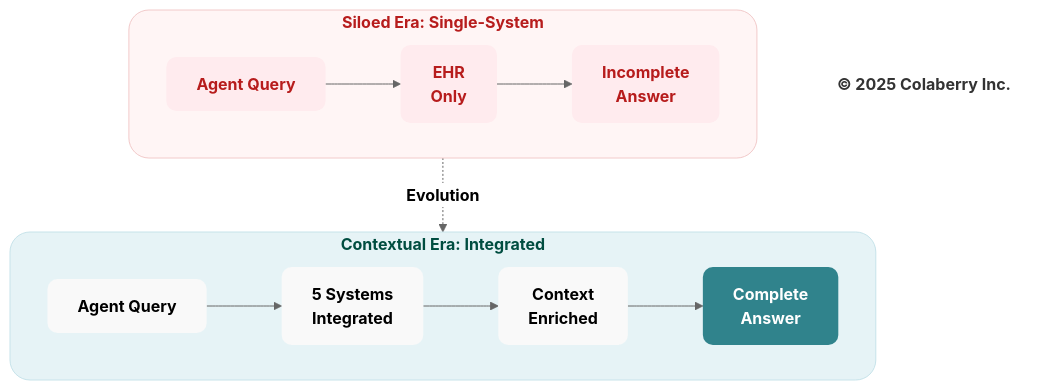
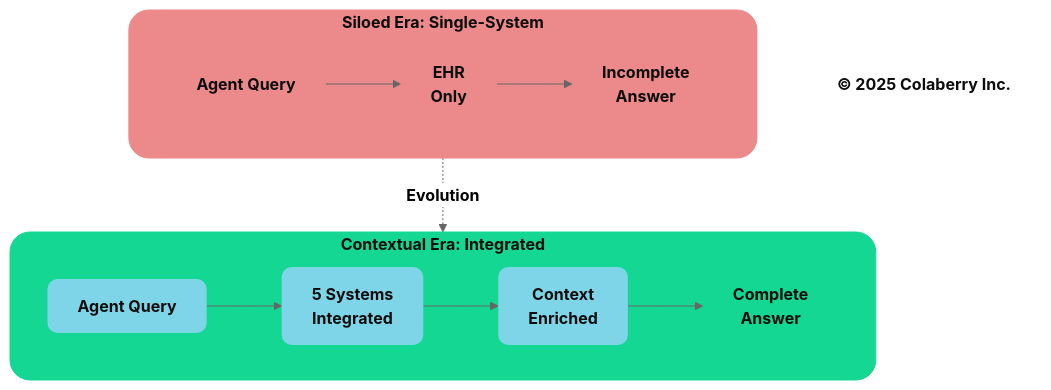
Before and after one commit to saitejesh-cyber/trust-before-intelligence-book: the diagram in mermaid-source/figure-2-10.mmd, drawn with Mermaid (neutral theme). The commit also changed 212 other files, not shown here.

Commit message:
Apply semantic Colaberry palette across all diagram sources and PNGs

```diff
--- a/mermaid-source/figure-2-10.mmd
+++ b/mermaid-source/figure-2-10.mmd
@@ -1,36 +1,36 @@
 graph TB
     subgraph ERA1["<b>Siloed Era: Single-System</b>"]
         direction LR
         A1["<b>Agent Query</b>"] --> B1["<b>EHR<br/>Only</b>"]
         B1 --> D1["<b>Incomplete<br/>Answer</b>"]
         
         %% 🔴 CRITICAL CONTEXT FAILURE
-        style D1 fill:#ffebee,stroke:none,color:#b71c1c,rx:10,ry:10
+        style D1 fill:#EB898B,stroke:none,color:#0D0D0D,rx:10,ry:10
     end
     
     %% 🔵 TRANSITION — CONTEXTUAL EVOLUTION
     ERA1 -.->|<b>Evolution</b>| ERA2
     
     subgraph ERA2["<b>Contextual Era: Integrated</b>"]
         direction LR
         A2["<b>Agent Query</b>"] --> B2["<b>5 Systems<br/>Integrated</b>"]
         B2 --> C2["<b>Context<br/>Enriched</b>"]
         C2 --> D2["<b>Complete<br/>Answer</b>"]
     end
 
     %% 🔴 FAILURE / CONTEXT GAP
-    style ERA1 fill:#fff5f5,stroke:#f2caca,stroke-width:1px,color:#b71c1c,rx:20,ry:20
-    style A1 fill:#ffebee,stroke:none,color:#b71c1c,rx:10,ry:10
-    style B1 fill:#ffebee,stroke:none,color:#b71c1c,rx:10,ry:10
-    style D1 fill:#ffebee,stroke:none,color:#b71c1c,rx:10,ry:10
+    style ERA1 fill:#EB898B,stroke:#EB898B,stroke-width:1px,color:#0D0D0D,rx:20,ry:20
+    style A1 fill:#EB898B,stroke:none,color:#0D0D0D,rx:10,ry:10
+    style B1 fill:#EB898B,stroke:none,color:#0D0D0D,rx:10,ry:10
+    style D1 fill:#EB898B,stroke:none,color:#0D0D0D,rx:10,ry:10
 
     %% 🟢 TRUSTED / CONTEXTUAL OUTCOME
-    style ERA2 fill:#e6f3f6,stroke:#c7e3ea,stroke-width:1px,color:#004d40,rx:20,ry:20
-    style A2 fill:#f9f9f9,stroke:none,color:#000000,rx:10,ry:10
-    style B2 fill:#f9f9f9,stroke:none,color:#000000,rx:10,ry:10
-    style C2 fill:#f9f9f9,stroke:none,color:#000000,rx:10,ry:10
-    style D2 fill:#30838C,stroke:none,color:#ffffff,rx:10,ry:10
+    style ERA2 fill:#14D793,stroke:#14D793,stroke-width:1px,color:#0D0D0D,rx:20,ry:20
+    style A2 fill:#7FD5E8,stroke:none,color:#0D0D0D,rx:10,ry:10
+    style B2 fill:#7FD5E8,stroke:none,color:#0D0D0D,rx:10,ry:10
+    style C2 fill:#7FD5E8,stroke:none,color:#0D0D0D,rx:10,ry:10
+    style D2 fill:#14D793,stroke:none,color:#0D0D0D,rx:10,ry:10
 
     %% FOOTER
     Copyright["<b>© 2025 Colaberry Inc.</b>"]
-    style Copyright fill:none,stroke:none,color:#333333
+    style Copyright fill:none,stroke:none,color:#0D0D0D
```
